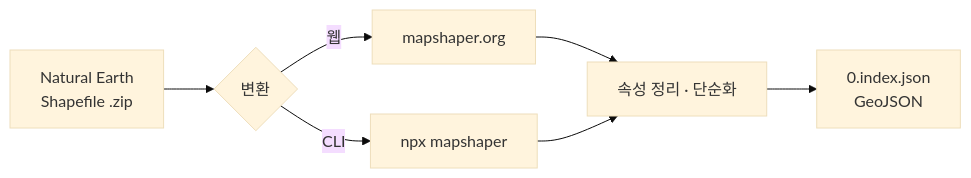
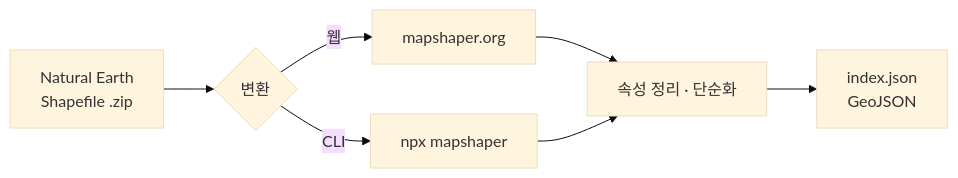
Before and after one commit to 1etterh/devlog: the diagram in content/tools/gis/001_natural_earth_to_geojson.md, drawn with Mermaid (base theme). The commit also changed other lines of this file and 4 other files, not shown here.

Commit message:
tools/gis: geojson 시작점 파일 0.index.json 을 index.json 으로

````diff
--- a/content/tools/gis/001_natural_earth_to_geojson.md
+++ b/content/tools/gis/001_natural_earth_to_geojson.md
@@ -13,9 +13,9 @@
 ```mermaid
 flowchart LR
     A[Natural Earth<br/>Shapefile .zip] --> B{변환}
     B -->|웹| C[mapshaper.org]
     B -->|CLI| D[npx mapshaper]
     C --> E[속성 정리 · 단순화]
     D --> E
-    E --> F[0.index.json<br/>GeoJSON]
+    E --> F[index.json<br/>GeoJSON]
 ```
````
